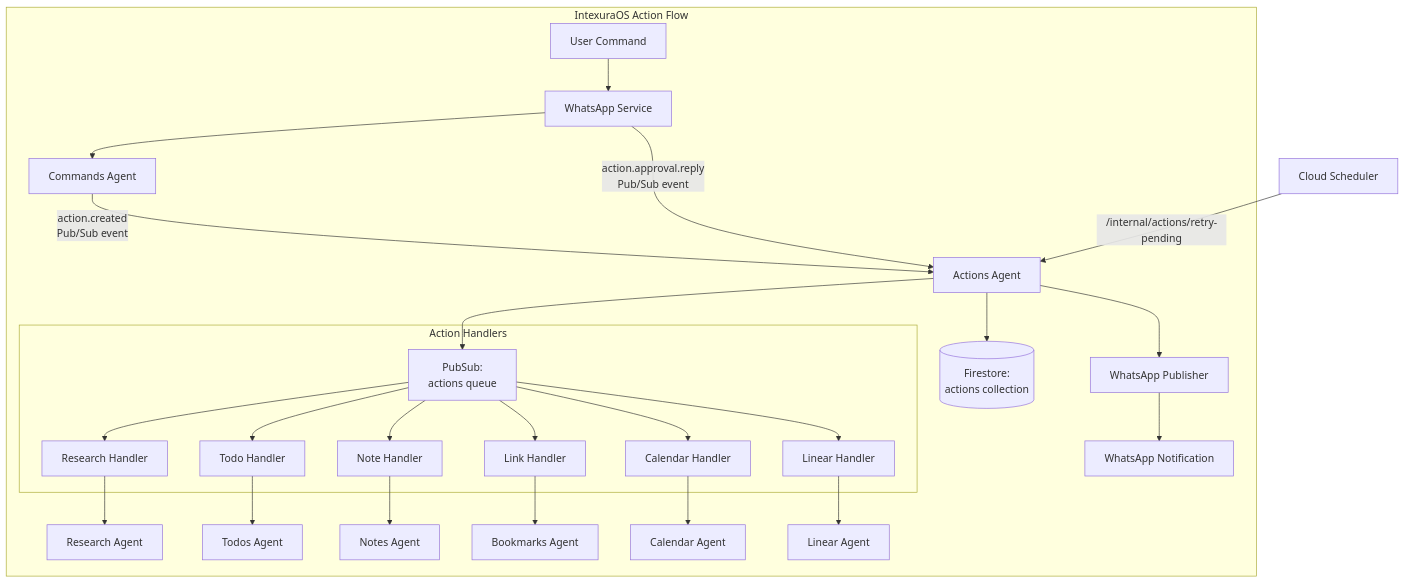
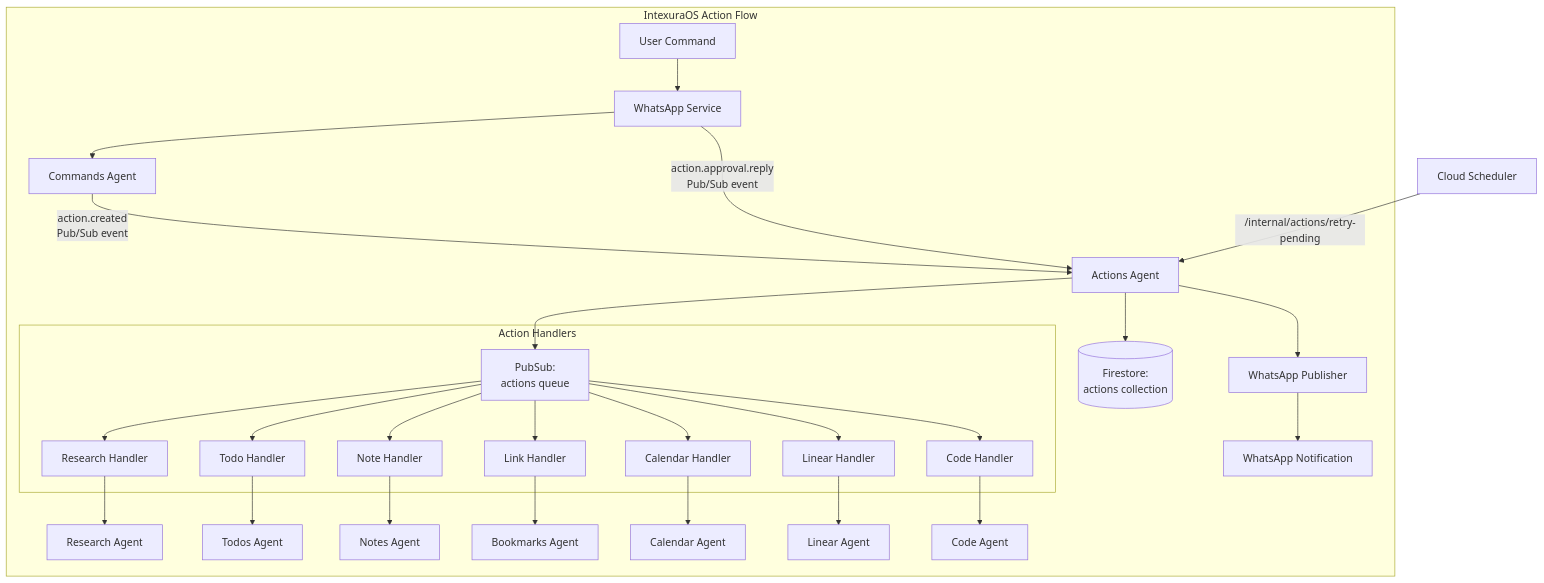
Before and after one commit to pbuchman/intexuraos: the first of 3 diagrams in docs/services/actions-agent/technical.md, drawn with Mermaid. The commit also changed other lines of this file and 214 other files, not shown here.

````diff
--- a/docs/services/actions-agent/technical.md
+++ b/docs/services/actions-agent/technical.md
@@ -13,34 +15,36 @@
 ```mermaid
 graph TB
     subgraph "IntexuraOS Action Flow"
         User[User Command] --> WA[WhatsApp Service]
         WA --> CA[Commands Agent]
         CA -->|"action.created<br/>Pub/Sub event"| AA[Actions Agent]
 
         AA --> Firestore[(Firestore:<br/>actions collection)]
         AA --> PubSub[PubSub:<br/>actions queue]
 
         subgraph "Action Handlers"
             PubSub --> RH[Research Handler]
             PubSub --> TH[Todo Handler]
             PubSub --> NH[Note Handler]
             PubSub --> LH[Link Handler]
             PubSub --> CH[Calendar Handler]
             PubSub --> LIH[Linear Handler]
+            PubSub --> COH[Code Handler]
         end
 
         RH --> RA[Research Agent]
         TH --> TA[Todos Agent]
         NH --> NA[Notes Agent]
         LH --> BA[Bookmarks Agent]
         CH --> CAL[Calendar Agent]
         LIH --> LA[Linear Agent]
+        COH --> COA[Code Agent]
 
         AA --> WAP[WhatsApp Publisher]
         WAP --> WUser[WhatsApp Notification]
 
         WA -->|"action.approval.reply<br/>Pub/Sub event"| AA
     end
 
     Scheduler[Cloud Scheduler] -->|"/internal/actions/retry-pending"| AA
 ```
````
